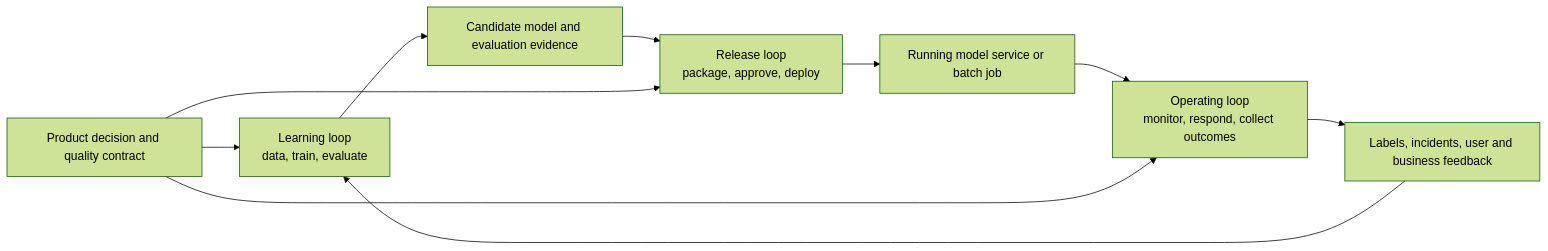
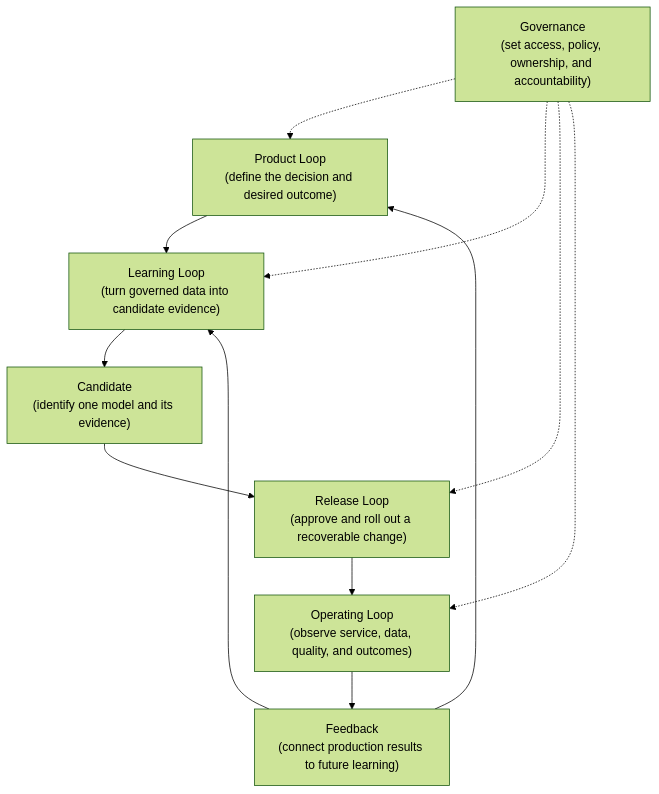
Before and after one commit to senlinyy/dev-roadmaps: the second of 4 diagrams in roadmaps/mlops/modules/mlops-foundations/what-mlops-solves/01-what-is-mlops.md, drawn with Mermaid (forest theme). The commit also changed other lines of this file and 198 other files, not shown here.

````diff
--- a/roadmaps/mlops/modules/mlops-foundations/what-mlops-solves/01-what-is-mlops.md
+++ b/roadmaps/mlops/modules/mlops-foundations/what-mlops-solves/01-what-is-mlops.md
@@ -32,12 +92,14 @@
 ```mermaid
-flowchart LR
-    P["Product decision and quality contract"] --> L["Learning loop<br/>data, train, evaluate"]
-    L --> C["Candidate model and evaluation evidence"]
-    C --> R["Release loop<br/>package, approve, deploy"]
-    R --> S["Running model service or batch job"]
-    S --> O["Operating loop<br/>monitor, respond, collect outcomes"]
-    O --> F["Labels, incidents, user and business feedback"]
+flowchart TD
+    P["Product Loop<br/>(define the decision and desired outcome)"] --> L["Learning Loop<br/>(turn governed data into candidate evidence)"]
+    L --> C["Candidate<br/>(identify one model and its evidence)"]
+    C --> R["Release Loop<br/>(approve and roll out a recoverable change)"]
+    R --> O["Operating Loop<br/>(observe service, data, quality, and outcomes)"]
+    O --> F["Feedback<br/>(connect production results to future learning)"]
+    F --> P
     F --> L
-    P --> R
-    P --> O
+    G["Governance<br/>(set access, policy, ownership, and accountability)"] -.-> P
+    G -.-> L
+    G -.-> R
+    G -.-> O
 ```
````
